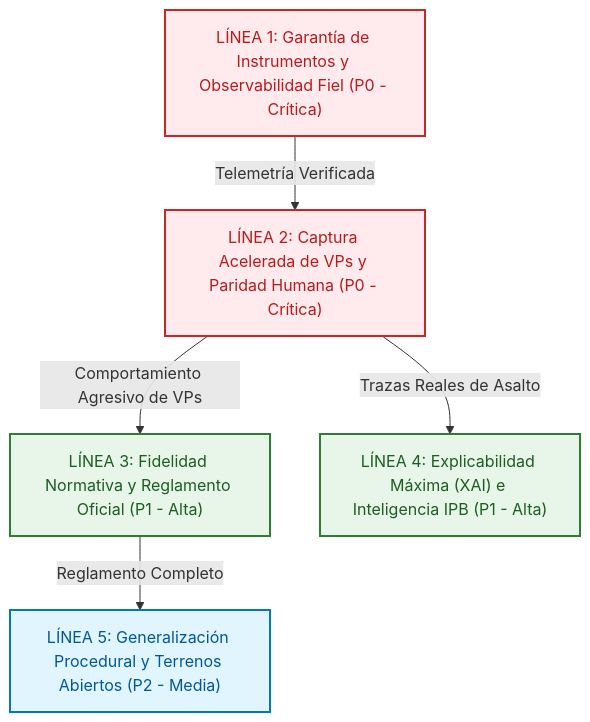
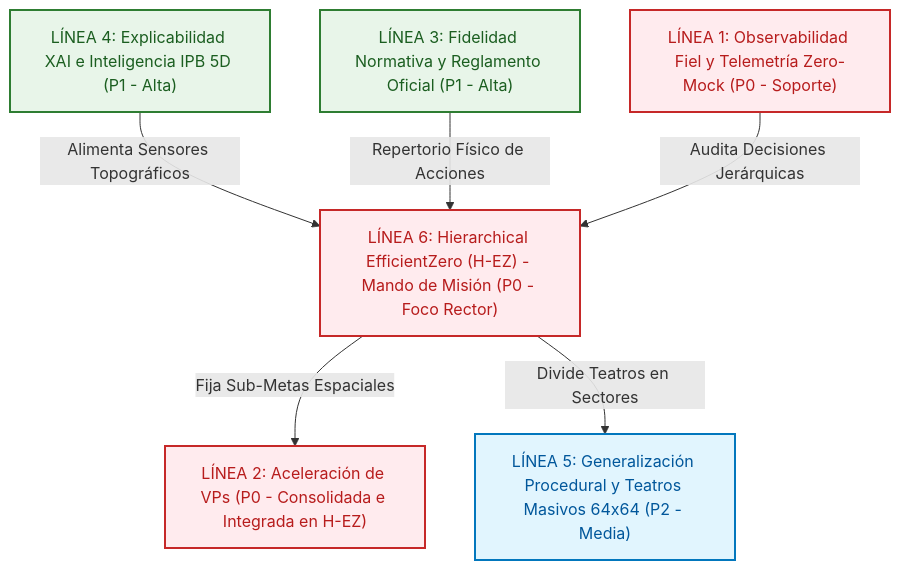
One commit to richardcc/assault-ai-pilot changed the first of 2 diagrams in docs/05_ROADMAP_EVOLUTIVO.md. Above: the diagram before and after it, drawn with Mermaid. The commit also changed other lines of this file and 53 other files, not shown here.

````diff
--- a/docs/05_ROADMAP_EVOLUTIVO.md
+++ b/docs/05_ROADMAP_EVOLUTIVO.md
@@ -120,17 +103,19 @@
 ```mermaid
 graph TD
     classDef p0 fill:#ffebee,stroke:#c62828,stroke-width:2px,color:#b71c1c;
     classDef p1 fill:#e8f5e9,stroke:#2e7d32,stroke-width:2px,color:#1b5e20;
     classDef p2 fill:#e1f5fe,stroke:#0277bd,stroke-width:2px,color:#01579b;
 
-    L1["LÍNEA 1: Garantía de Instrumentos y Observabilidad Fiel (P0 - Crítica)"]:::p0
-    L2["LÍNEA 2: Captura Acelerada de VPs y Paridad Humana (P0 - Crítica)"]:::p0
+    L6["LÍNEA 6: Hierarchical EfficientZero (H-EZ) - Mando de Misión (P0 - Foco Rector)"]:::p0
+    L1["LÍNEA 1: Observabilidad Fiel y Telemetría Zero-Mock (P0 - Soporte)"]:::p0
+    L2["LÍNEA 2: Aceleración de VPs (P0 - Consolidada e Integrada en H-EZ)"]:::p0
     L3["LÍNEA 3: Fidelidad Normativa y Reglamento Oficial (P1 - Alta)"]:::p1
-    L4["LÍNEA 4: Explicabilidad Máxima (XAI) e Inteligencia IPB (P1 - Alta)"]:::p1
-    L5["LÍNEA 5: Generalización Procedural y Terrenos Abiertos (P2 - Media)"]:::p2
+    L4["LÍNEA 4: Explicabilidad XAI e Inteligencia IPB 5D (P1 - Alta)"]:::p1
+    L5["LÍNEA 5: Generalización Procedural y Teatros Masivos 64x64 (P2 - Media)"]:::p2
 
-    L1 -->|Telemetría Verificada| L2
-    L2 -->|Comportamiento Agresivo de VPs| L3
-    L2 -->|Trazas Reales de Asalto| L4
-    L3 -->|Reglamento Completo| L5
+    L6 -->|Fija Sub-Metas Espaciales| L2
+    L4 -->|Alimenta Sensores Topográficos| L6
+    L3 -->|Repertorio Físico de Acciones| L6
+    L6 -->|Divide Teatros en Sectores| L5
+    L1 -->|Audita Decisiones Jerárquicas| L6
 ```
````
